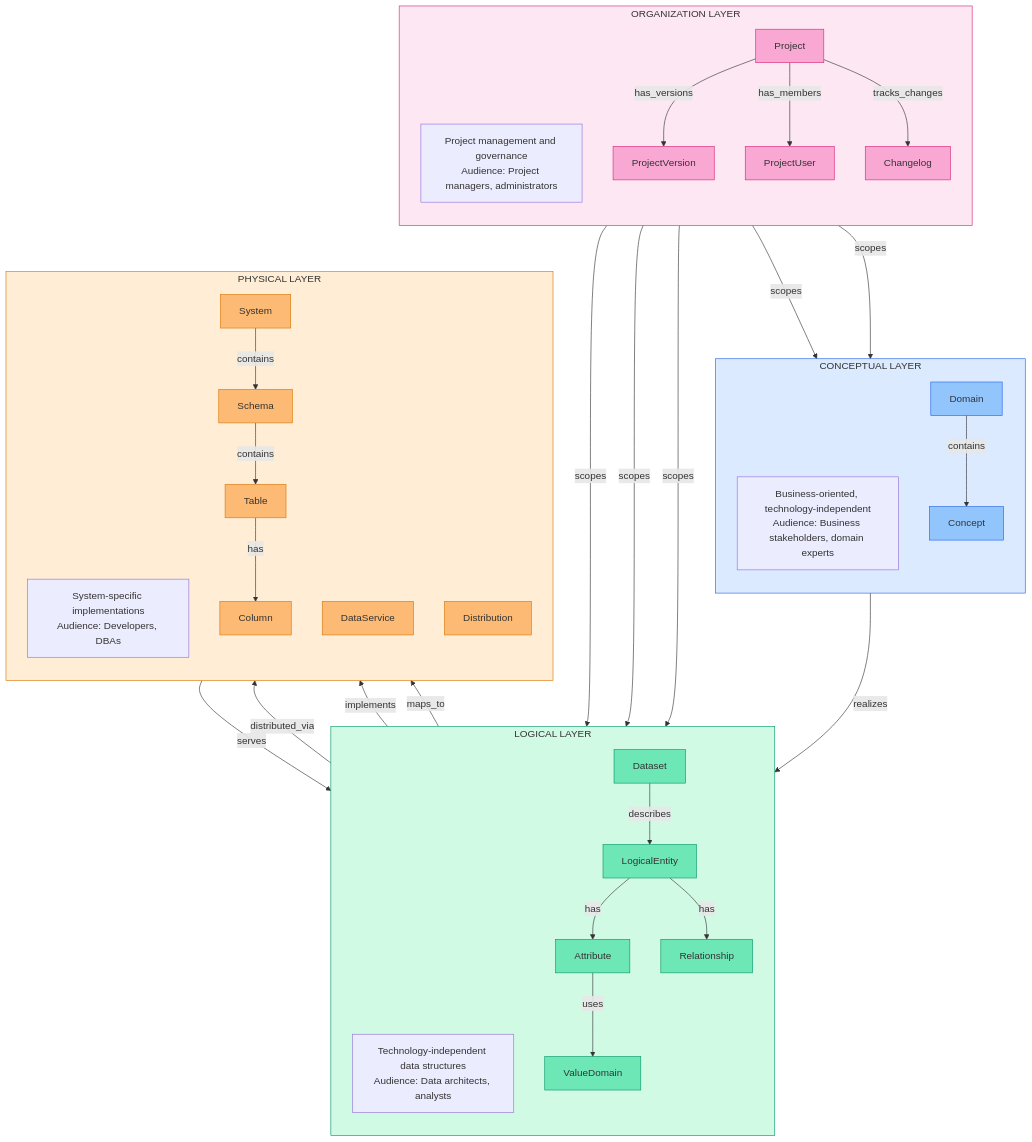
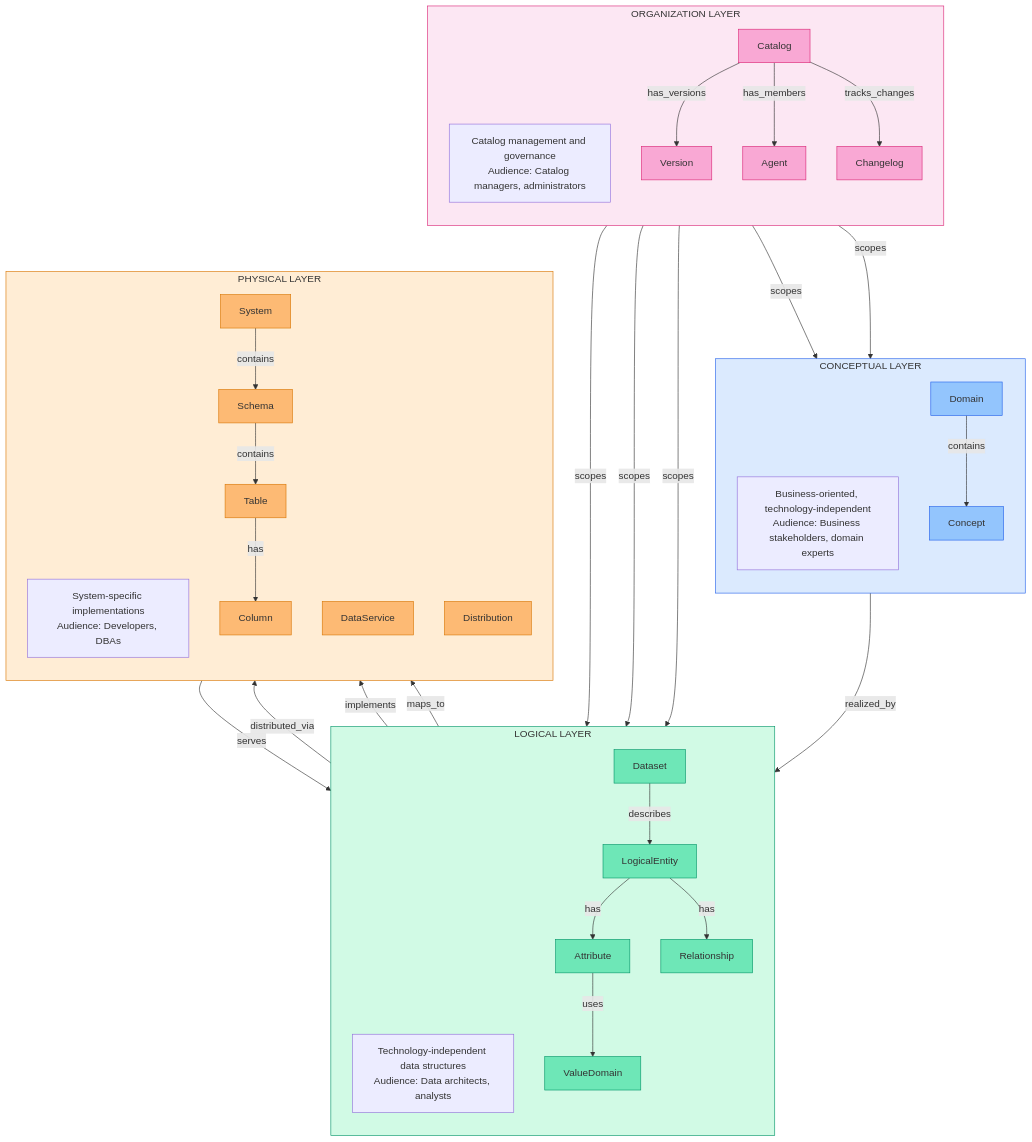
Before and after one commit to davras5/meta-atlas: the first of 3 diagrams in documentation/DATAMODEL.md, drawn with Mermaid. The commit also changed other lines of this file and 9 other files, not shown here.

```diff
--- a/documentation/DATAMODEL.md
+++ b/documentation/DATAMODEL.md
@@ -171,14 +171,14 @@
 flowchart TB
     subgraph ORGANIZATION["ORGANIZATION LAYER"]
         direction TB
-        O_DESC["Project management and governance<br/>Audience: Project managers, administrators"]
-        Project["Project"]
-        ProjectVersion["ProjectVersion"]
+        O_DESC["Catalog management and governance<br/>Audience: Catalog managers, administrators"]
+        Catalog["Catalog"]
+        Version["Version"]
         Changelog["Changelog"]
-        ProjectUser["ProjectUser"]
-        Project -->|has_versions| ProjectVersion
-        Project -->|has_members| ProjectUser
-        Project -->|tracks_changes| Changelog
+        Agent["Agent"]
+        Catalog -->|has_versions| Version
+        Catalog -->|has_members| Agent
+        Catalog -->|tracks_changes| Changelog
     end
 
     subgraph CONCEPTUAL["CONCEPTUAL LAYER"]
@@ -219,12 +219,12 @@
         Dataset -->|distributed_via| Distribution
     end
 
-    Project -->|scopes| Domain
-    Project -->|scopes| Concept
-    Project -->|scopes| LogicalEntity
-    Project -->|scopes| ValueDomain
-    Project -->|scopes| Dataset
-    Concept -->|realizes| LogicalEntity
+    Catalog -->|scopes| Domain
+    Catalog -->|scopes| Concept
+    Catalog -->|scopes| LogicalEntity
+    Catalog -->|scopes| ValueDomain
+    Catalog -->|scopes| Dataset
+    Concept -->|realized_by| LogicalEntity
     LogicalEntity -->|implements| Table
     Attribute -->|maps_to| Column
 
@@ -232,10 +232,10 @@
     style CONCEPTUAL fill:#dbeafe,stroke:#2563eb
     style LOGICAL fill:#d1fae5,stroke:#059669
     style PHYSICAL fill:#ffedd5,stroke:#d97706
-    style Project fill:#f9a8d4,stroke:#db2777
-    style ProjectVersion fill:#f9a8d4,stroke:#db2777
+    style Catalog fill:#f9a8d4,stroke:#db2777
+    style Version fill:#f9a8d4,stroke:#db2777
     style Changelog fill:#f9a8d4,stroke:#db2777
-    style ProjectUser fill:#f9a8d4,stroke:#db2777
+    style Agent fill:#f9a8d4,stroke:#db2777
     style Domain fill:#93c5fd,stroke:#2563eb
     style Concept fill:#93c5fd,stroke:#2563eb
     style Dataset fill:#6ee7b7,stroke:#059669
```
